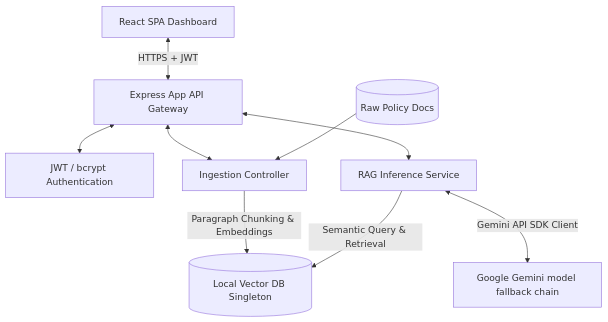
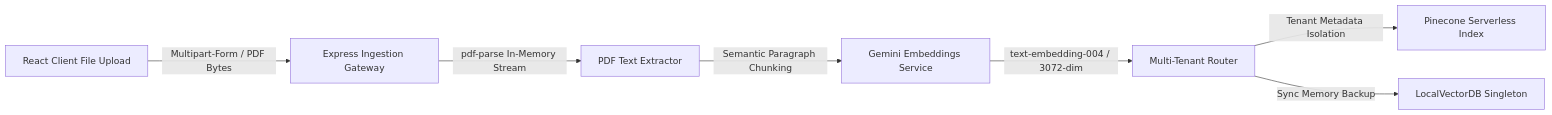
The first of 2 diagrams in README.md (mallikarjun-codes/omni-search), drawn with Mermaid before and after one commit. The commit also changed other lines of this file and 6 other files, not shown here.

````diff
--- a/README.md
+++ b/README.md
@@ -17,11 +12,9 @@
 ```mermaid
-graph TD
-    Client[React SPA Dashboard] <-->|HTTPS + JWT| Express[Express App API Gateway]
-    Express <--> Auth[JWT / bcrypt Authentication]
-    Express <--> Ingest[Ingestion Controller]
-    Express <--> RAG[RAG Inference Service]
-    IngestionDocs[(Raw Policy Docs)] --> Ingest
-    Ingest -->|Paragraph Chunking & Embeddings| DB[(Local Vector DB Singleton)]
-    RAG -->|Semantic Query & Retrieval| DB
-    RAG <-->|Gemini API SDK Client| Gemini[Google Gemini model fallback chain]
+flowchart LR
+    A[React Client File Upload] -->|Multipart-Form / PDF Bytes| B[Express Ingestion Gateway]
+    B -->|pdf-parse In-Memory Stream| C[PDF Text Extractor]
+    C -->|Semantic Paragraph Chunking| D[Gemini Embeddings Service]
+    D -->|text-embedding-004 / 3072-dim| E[Multi-Tenant Router]
+    E -->|Tenant Metadata Isolation| F[Pinecone Serverless Index]
+    E -->|Sync Memory Backup| G[LocalVectorDB Singleton]
 ```
````
